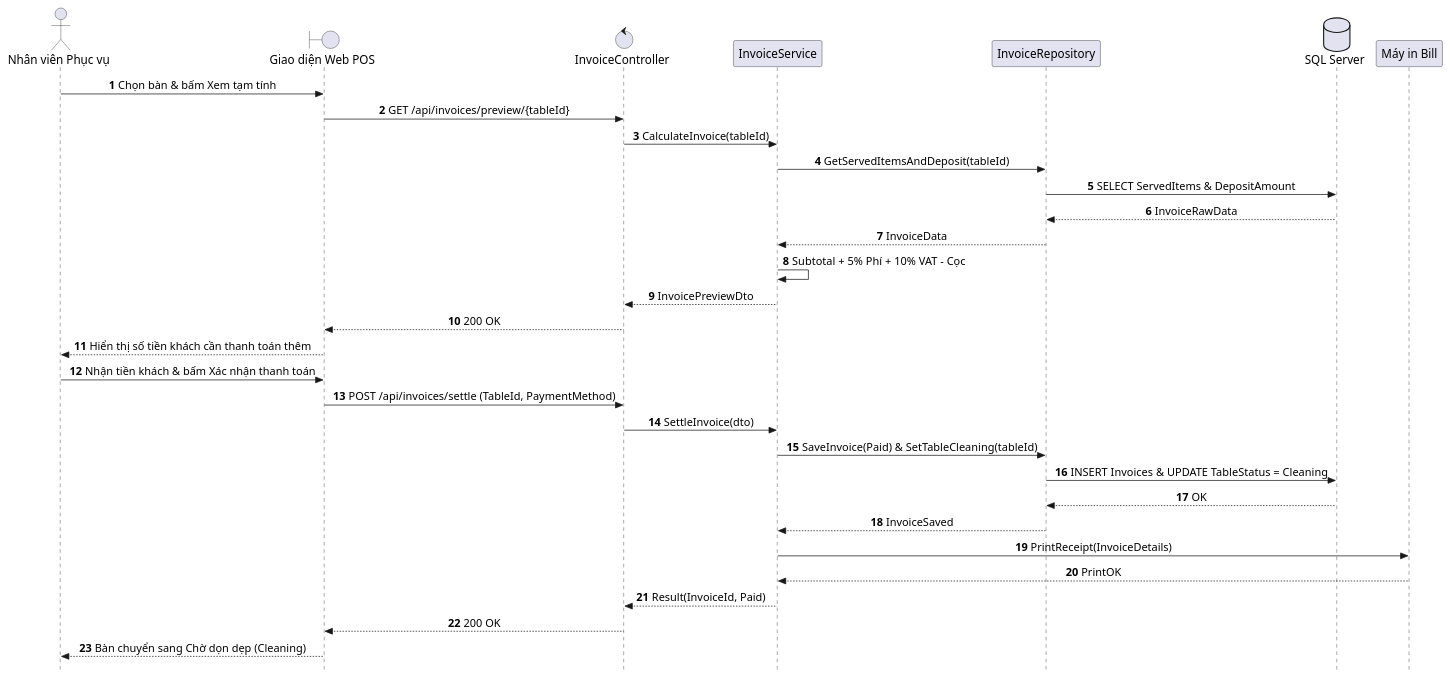
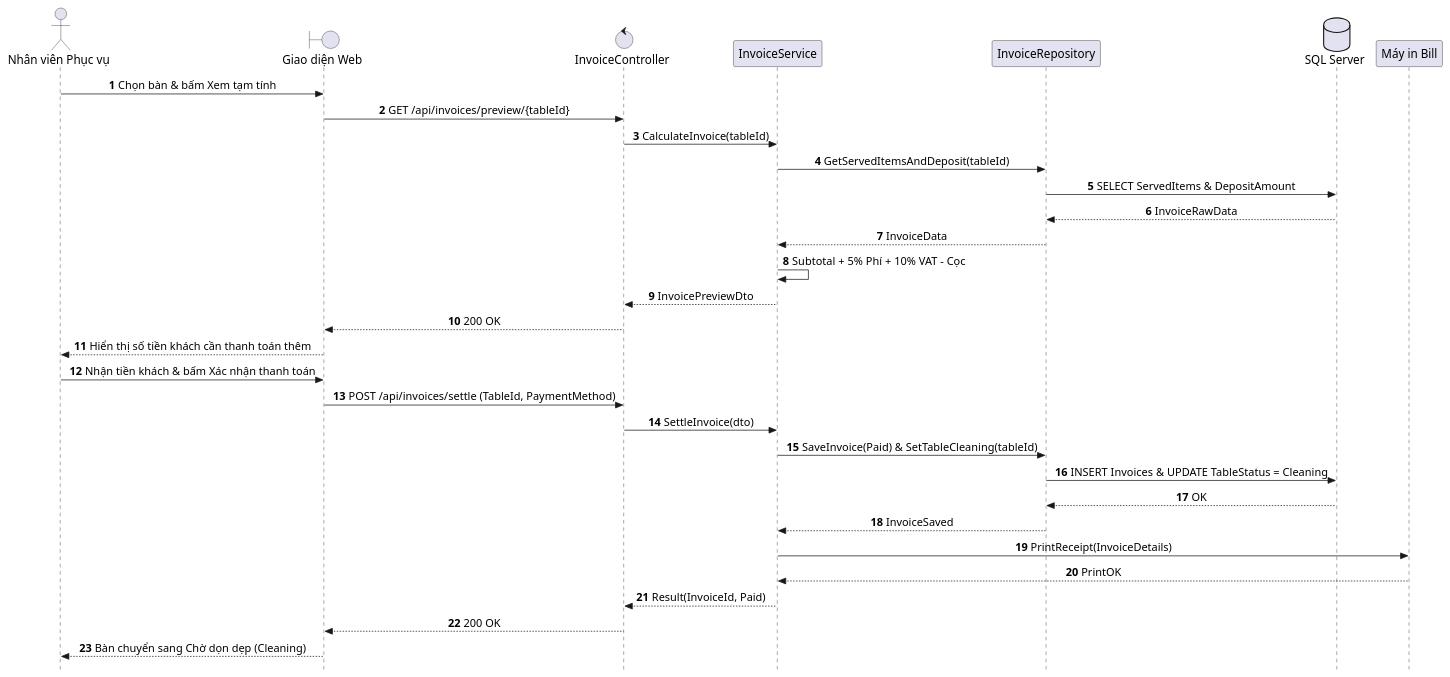
Before and after one commit to AndrewQng/VinDining: the diagram in docs/phase1/use-cases/UC-E3_Thanh_Toan_Can_Tru_Coc.md, drawn with PlantUML. The commit also changed other lines of this file and 87 other files, not shown here.

Commit message:
docs: add phase 1 use case specifications, sequence diagrams, and architecture diagrams

````diff
--- a/docs/phase1/use-cases/UC-E3_Thanh_Toan_Can_Tru_Coc.md
+++ b/docs/phase1/use-cases/UC-E3_Thanh_Toan_Can_Tru_Coc.md
@@ -1,48 +1,48 @@
 ```plantuml
 @startuml SD_UC_E3_Settle_Invoice
 autonumber
 skinparam style strictuml
 skinparam sequenceMessageAlign center
 skinparam responseMessageBelowArrow true
 skinparam defaultFontName "Segoe UI", Arial, sans-serif
 skinparam defaultFontSize 16
 skinparam sequenceActorFontSize 16
 skinparam sequenceParticipantFontSize 16
 skinparam sequenceArrowFontSize 15
 skinparam sequenceGroupFontSize 15
 skinparam sequenceGroupHeaderFontSize 15
 
 actor "Nhân viên Phục vụ" as Waitstaff
-boundary "Giao diện Web POS" as UI
+boundary "Giao diện Web" as UI
 control "InvoiceController" as Controller
 participant "InvoiceService" as Service
 participant "InvoiceRepository" as Repo
 database "SQL Server" as DB
 participant "Máy in Bill" as Printer
 
 Waitstaff -> UI: Chọn bàn & bấm Xem tạm tính
 UI -> Controller: GET /api/invoices/preview/{tableId}
 Controller -> Service: CalculateInvoice(tableId)
 Service -> Repo: GetServedItemsAndDeposit(tableId)
 Repo -> DB: SELECT ServedItems & DepositAmount
 DB --> Repo: InvoiceRawData
 Repo --> Service: InvoiceData
 Service -> Service: Subtotal + 5% Phí + 10% VAT - Cọc
 Service --> Controller: InvoicePreviewDto
 Controller --> UI: 200 OK
 UI --> Waitstaff: Hiển thị số tiền khách cần thanh toán thêm
 
 Waitstaff -> UI: Nhận tiền khách & bấm Xác nhận thanh toán
 UI -> Controller: POST /api/invoices/settle (TableId, PaymentMethod)
 Controller -> Service: SettleInvoice(dto)
 Service -> Repo: SaveInvoice(Paid) & SetTableCleaning(tableId)
 Repo -> DB: INSERT Invoices & UPDATE TableStatus = Cleaning
 DB --> Repo: OK
 Repo --> Service: InvoiceSaved
 Service -> Printer: PrintReceipt(InvoiceDetails)
 Printer --> Service: PrintOK
 Service --> Controller: Result(InvoiceId, Paid)
 Controller --> UI: 200 OK
 UI --> Waitstaff: Bàn chuyển sang Chờ dọn dẹp (Cleaning)
 @enduml
 ```
````
